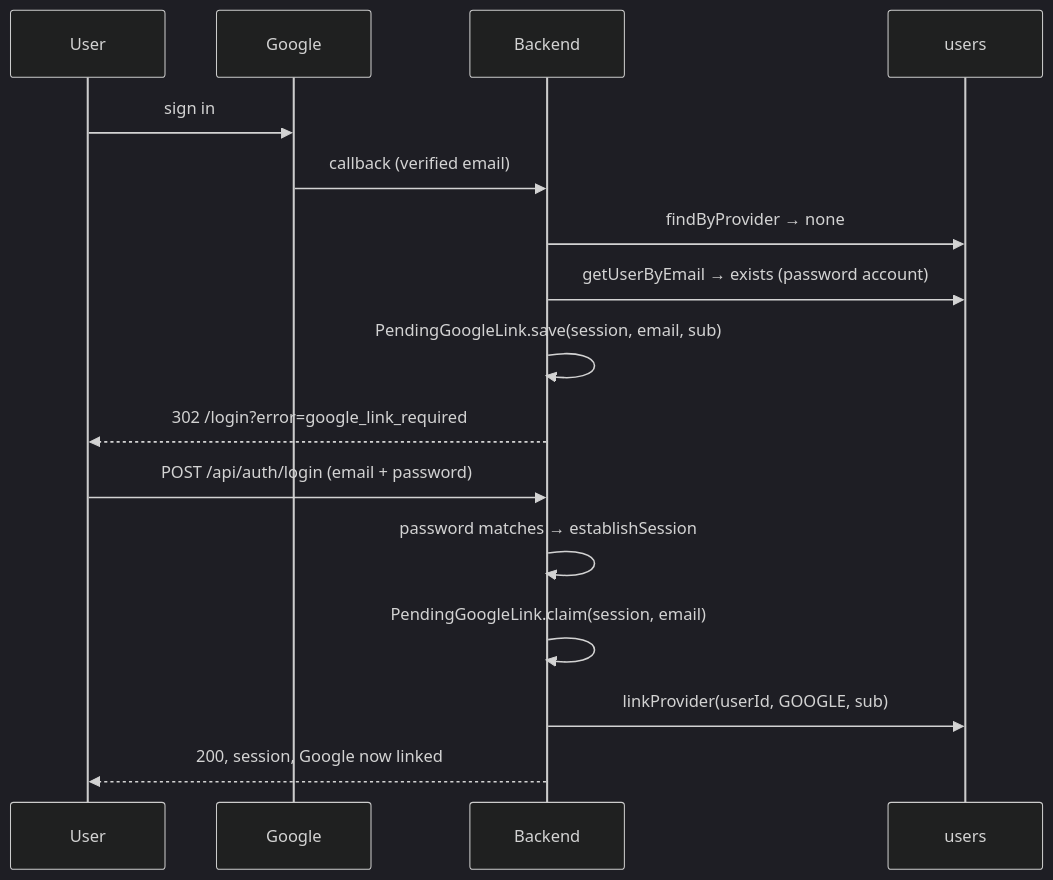
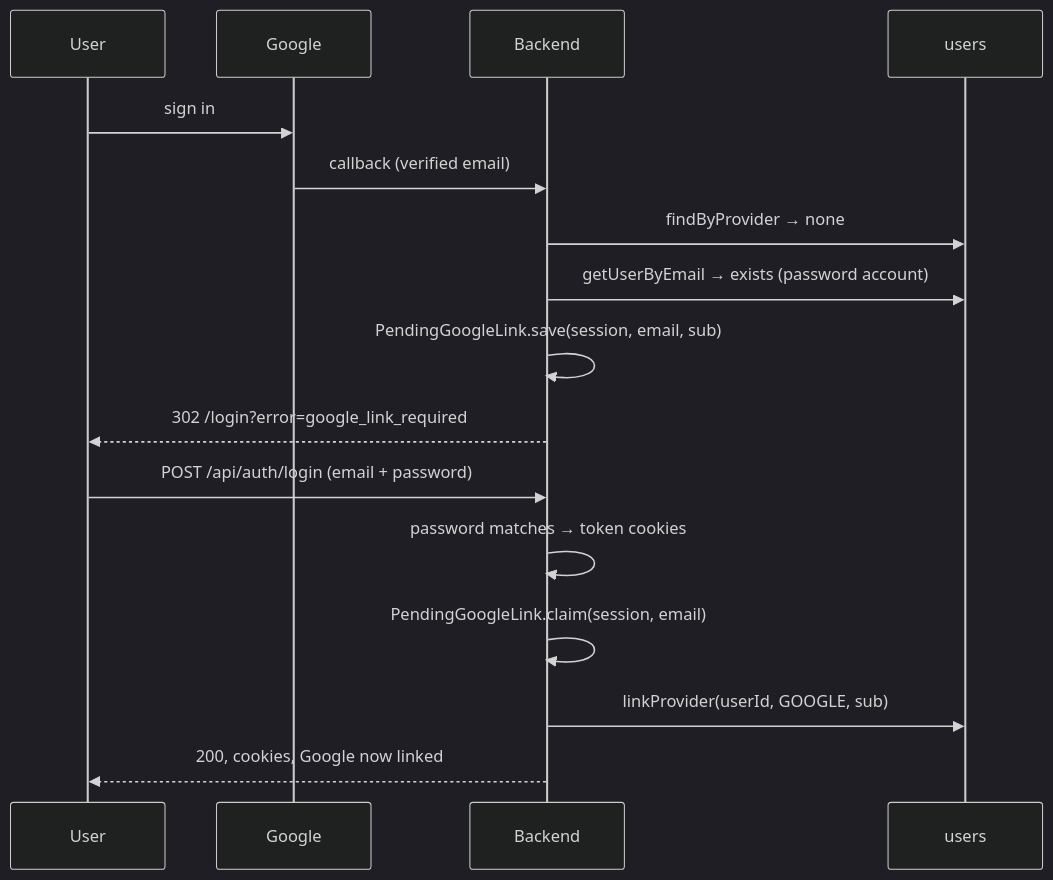
Before and after one commit to Yusuprozimemet/jobmatch-microservices: the second of 2 diagrams in backend/docs/auth.md, drawn with Mermaid (dark theme). The commit also changed other lines of this file and 3 other files, not shown here.

First line of the commit message:
Docs: describe the token cookies Day 13 put in place of the session

````diff
--- a/backend/docs/auth.md
+++ b/backend/docs/auth.md
@@ -170,19 +168,19 @@
 ```mermaid
 sequenceDiagram
     participant U as User
     participant G as Google
     participant B as Backend
     participant DB as users
 
     U->>G: sign in
     G->>B: callback (verified email)
     B->>DB: findByProvider → none
     B->>DB: getUserByEmail → exists (password account)
     B->>B: PendingGoogleLink.save(session, email, sub)
     B-->>U: 302 /login?error=google_link_required
     U->>B: POST /api/auth/login (email + password)
-    B->>B: password matches → establishSession
+    B->>B: password matches → token cookies
     B->>B: PendingGoogleLink.claim(session, email)
     B->>DB: linkProvider(userId, GOOGLE, sub)
-    B-->>U: 200, session, Google now linked
+    B-->>U: 200, cookies, Google now linked
 ```
````
